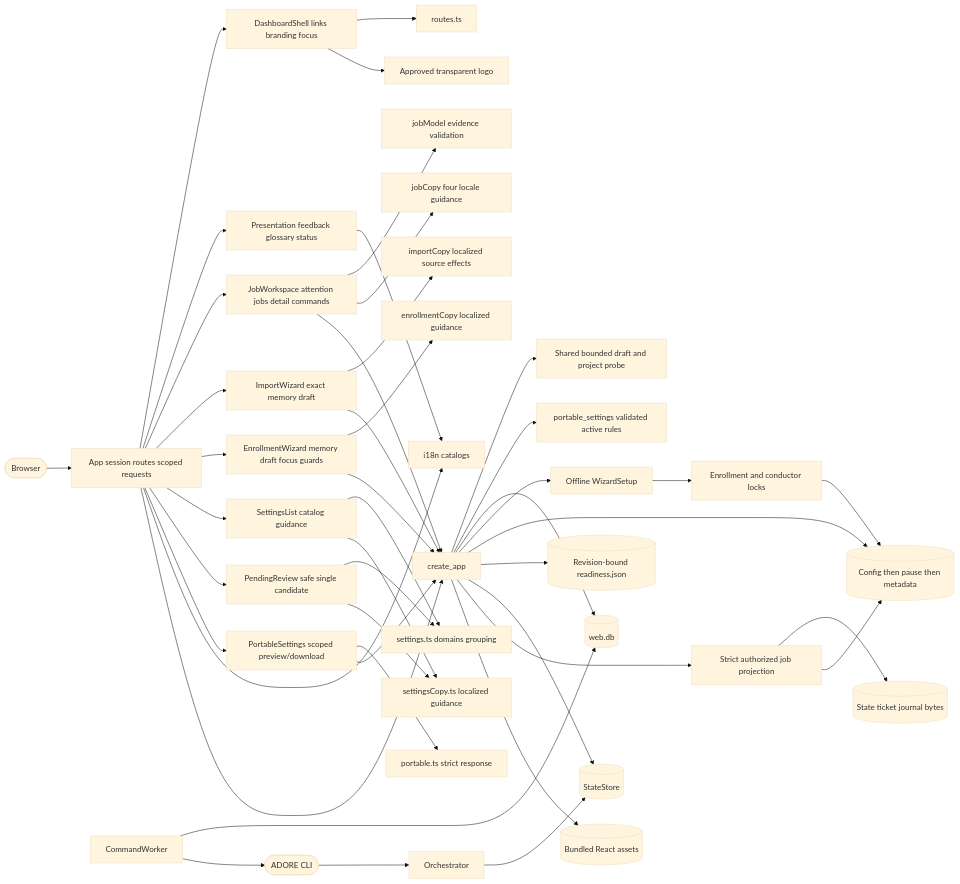
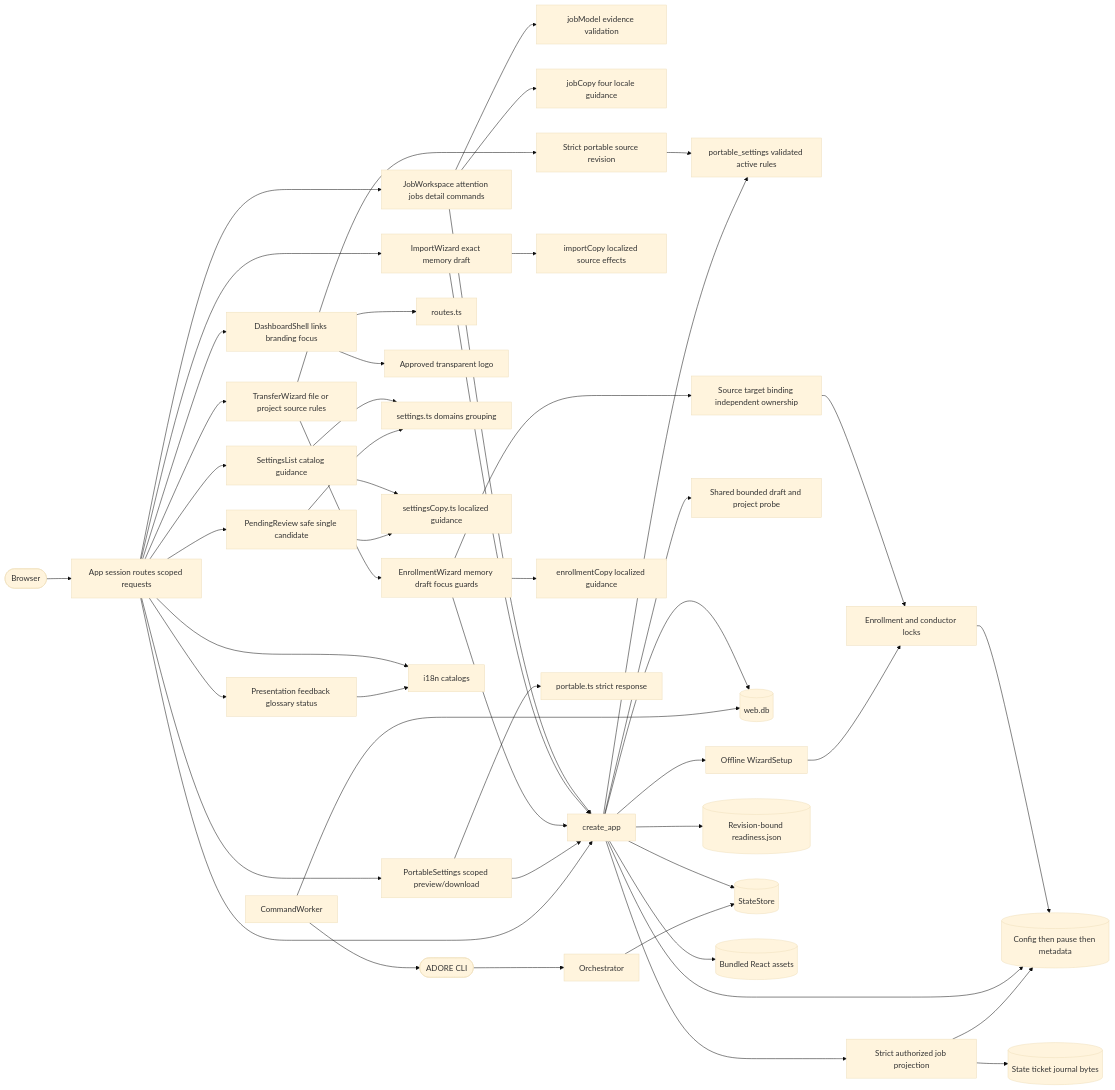
Before and after one commit to DDP-Engineering/AgenticDeliveryOrchestratorRuntimeEngine: the diagram in .agentic/knowledge/web-interface.md, drawn with Mermaid (base theme). The commit also changed other lines of this file and 39 other files, not shown here.

First line of the commit message:
feat(web): import portable rules and copy project settings (#10)

````diff
--- a/.agentic/knowledge/web-interface.md
+++ b/.agentic/knowledge/web-interface.md
@@ -360,47 +375,52 @@
 ```mermaid
 flowchart LR
     browser([Browser]) --> App[App session routes scoped requests]
     App --> DashboardShell[DashboardShell links branding focus]
     App --> Presentation[Presentation feedback glossary status]
     App --> JobWorkspace[JobWorkspace attention jobs detail commands]
     JobWorkspace --> jobModel[jobModel evidence validation]
     JobWorkspace --> jobCopy[jobCopy four locale guidance]
     JobWorkspace --> api
     App --> ImportWizard[ImportWizard exact memory draft]
     ImportWizard --> importCopy[importCopy localized source effects]
     ImportWizard --> api
-    App --> EnrollmentWizard[EnrollmentWizard memory draft focus guards]
+    App --> TransferWizard[TransferWizard file or project source rules]
+    TransferWizard --> EnrollmentWizard[EnrollmentWizard memory draft focus guards]
+    TransferWizard --> transferSource[Strict portable source revision]
+    transferSource --> portableSource
+    EnrollmentWizard --> transferTarget[Source target binding independent ownership]
+    transferTarget --> publication
     EnrollmentWizard --> enrollmentCopy[enrollmentCopy localized guidance]
     EnrollmentWizard --> api
     api --> draftProbe[Shared bounded draft and project probe]
     DashboardShell --> routes[routes.ts]
     DashboardShell --> logo[Approved transparent logo]
     App --> SettingsList[SettingsList catalog guidance]
     App --> PendingReview[PendingReview safe single candidate]
     SettingsList --> settings[settings.ts domains grouping]
     PendingReview --> settings
     SettingsList --> settingsCopy[settingsCopy.ts localized guidance]
     PendingReview --> settingsCopy
     App --> PortableSettings[PortableSettings scoped preview/download]
     PortableSettings --> portable[portable.ts strict response]
     PortableSettings --> api
     api --> portableSource[portable_settings validated active rules]
     App --> i18n[i18n catalogs]
     Presentation --> i18n
     App --> api[create_app]
     api --> identity[(web.db)]
     api --> preparation[Offline WizardSetup]
     preparation --> publication[Enrollment and conductor locks]
     publication --> profiles[(Config then pause then metadata)]
     api --> profiles
     api --> verification[(Revision-bound readiness.json)]
     api --> state[(StateStore)]
     api --> jobs[Strict authorized job projection]
     jobs --> sources[(State ticket journal bytes)]
     jobs --> profiles
     api --> assets[(Bundled React assets)]
     worker[CommandWorker] --> identity
     worker --> cli([ADORE CLI])
     cli --> conductor[Orchestrator]
     conductor --> state
 ```
````
